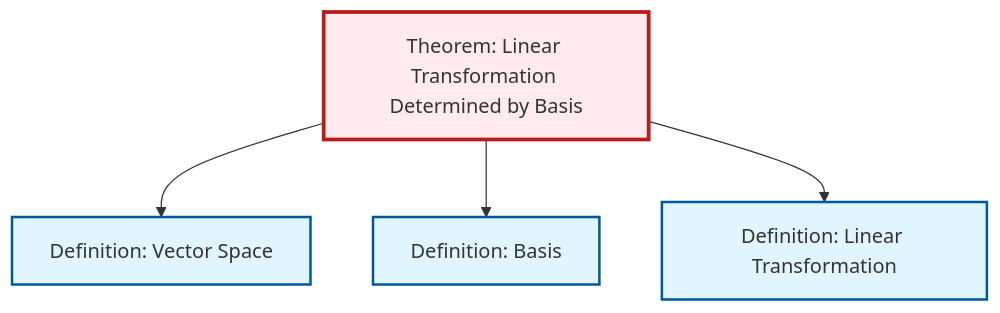
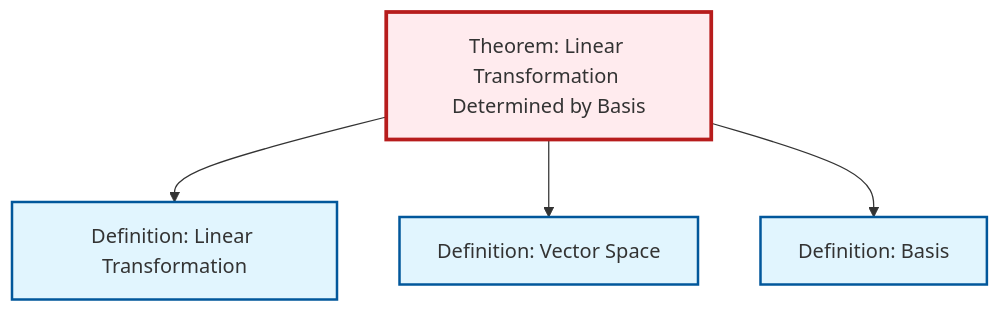
Before and after one commit to RK0429/ModernMath: the diagram in content/ja/algebra/thm-linear-transformation-basis.qmd, drawn with Mermaid. The commit also changed other lines of this file and 597 other files, not shown here.

````diff
--- a/content/ja/algebra/thm-linear-transformation-basis.qmd
+++ b/content/ja/algebra/thm-linear-transformation-basis.qmd
@@ -48,20 +48,20 @@
 ```{mermaid}
 %%| fig-cap: "Local dependency graph"
 graph TD
     classDef definition fill:#e1f5fe,stroke:#01579b,stroke-width:2px
     classDef theorem fill:#f3e5f5,stroke:#4a148c,stroke-width:2px
     classDef axiom fill:#fff3e0,stroke:#e65100,stroke-width:2px
     classDef example fill:#e8f5e9,stroke:#1b5e20,stroke-width:2px
     classDef current fill:#ffebee,stroke:#b71c1c,stroke-width:3px
+    thm-linear-transformation-basis["Theorem: Linear Transformation Determined by Basis"]:::theorem
     def-linear-transformation["Definition: Linear Transformation"]:::definition
     def-basis["Definition: Basis"]:::definition
     def-vector-space["Definition: Vector Space"]:::definition
-    thm-linear-transformation-basis["Theorem: Linear Transformation Determined by Basis"]:::theorem
+    thm-linear-transformation-basis --> def-linear-transformation
     thm-linear-transformation-basis --> def-vector-space
     thm-linear-transformation-basis --> def-basis
-    thm-linear-transformation-basis --> def-linear-transformation
     class thm-linear-transformation-basis current
     click def-linear-transformation "def-linear-transformation.html" "Definition: Linear Transformationへ"
     click def-basis "def-basis.html" "Definition: Basisへ"
     click def-vector-space "def-vector-space.html" "Definition: Vector Spaceへ"
 ```
````
